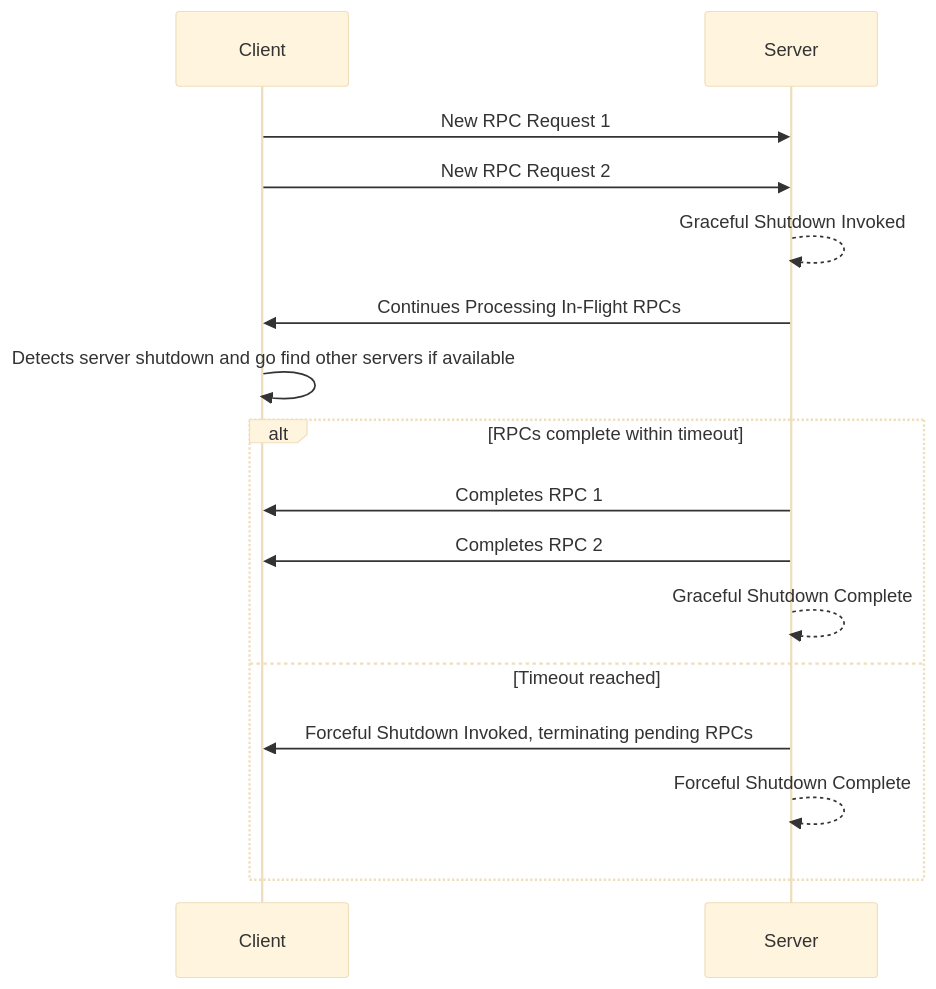
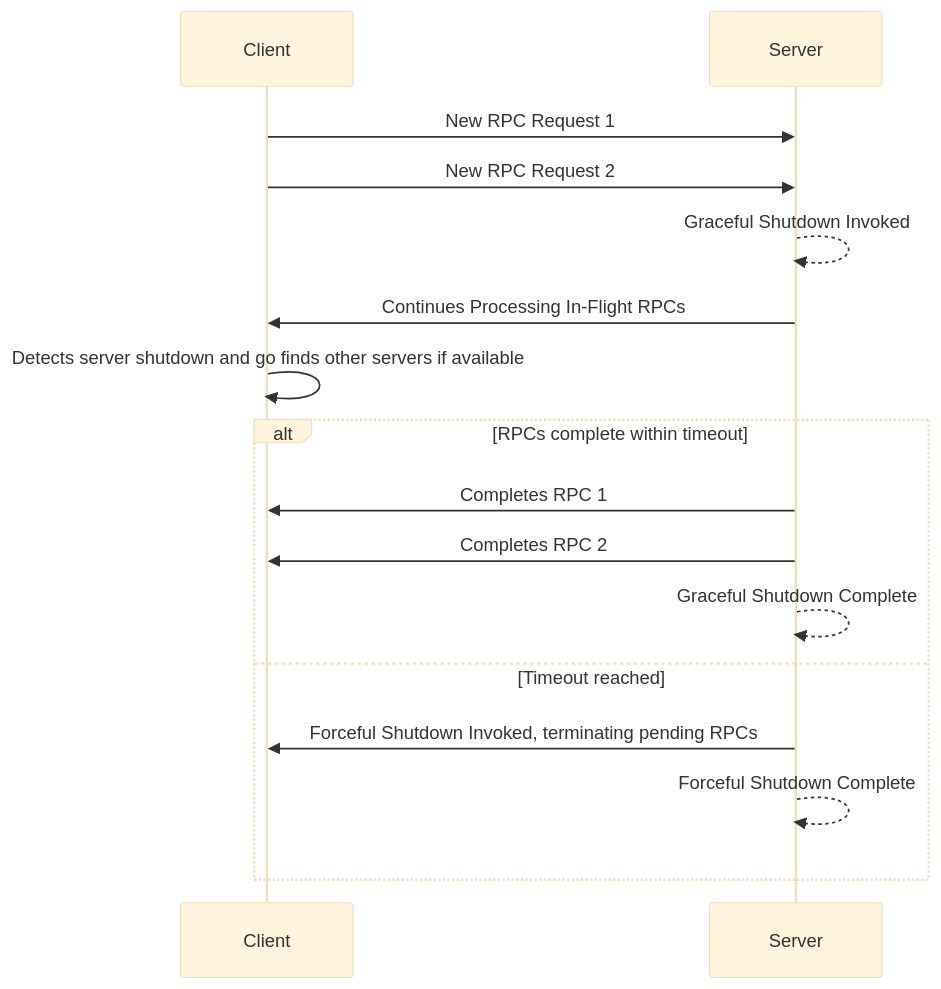
The first of 2 diagrams in content/en/docs/guides/server-graceful-stop.md (grpc/grpc.io), drawn with Mermaid (base theme) before and after one commit. The commit also changed other lines of this file, not shown here.

````diff
--- a/content/en/docs/guides/server-graceful-stop.md
+++ b/content/en/docs/guides/server-graceful-stop.md
@@ -45,16 +50,16 @@
 ```mermaid
 sequenceDiagram
 Client->>Server: New RPC Request 1
 Client->>Server: New RPC Request 2
 Server-->>Server: Graceful Shutdown Invoked
 Server->>Client: Continues Processing In-Flight RPCs
-Client->>Client: Detects server shutdown and go find other servers if available 
+Client->>Client: Detects server shutdown and go finds other servers if available
 alt RPCs complete within timeout
     Server->>Client: Completes RPC 1
     Server->>Client: Completes RPC 2
     Server-->>Server: Graceful Shutdown Complete
 else Timeout reached
     Server->>Client: Forceful Shutdown Invoked, terminating pending RPCs
     Server-->>Server: Forceful Shutdown Complete
 end
 ```
````
